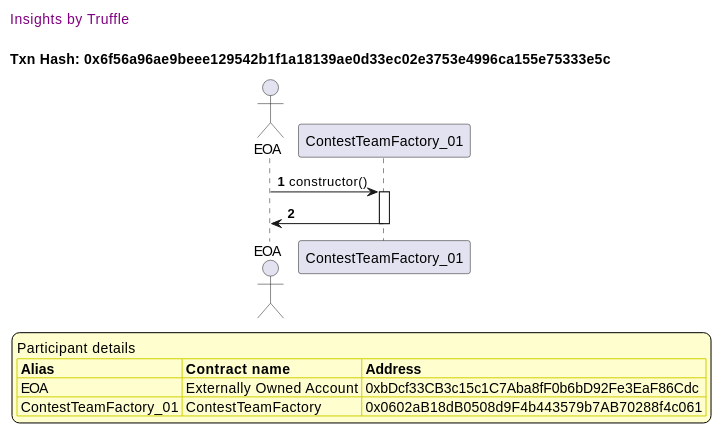
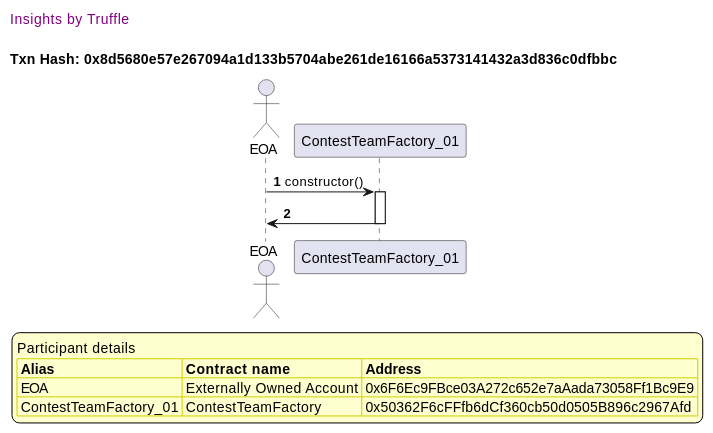
One commit to fodisi/hackapay changed the third of 11 diagrams in truffle-seq/factory_contestteamfactory.md. Above: the diagram before and after it, drawn with PlantUML. The commit also changed other lines of this file and 10 other files, not shown here.

````diff
--- a/truffle-seq/factory_contestteamfactory.md
+++ b/truffle-seq/factory_contestteamfactory.md
@@ -117,37 +117,37 @@
 ```plantuml
 
 
 @startuml
 
 autonumber
 skinparam legendBackgroundColor #FEFECE
 
 <style>
       header {
         HorizontalAlignment left
         FontColor purple
         FontSize 14
         Padding 10
       }
     </style>
 
 header Insights by Truffle
 
-title Txn Hash: 0x6f56a96ae9beee129542b1f1a18139ae0d33ec02e3753e4996ca155e75333e5c
+title Txn Hash: 0x8d5680e57e267094a1d133b5704abe261de16166a5373141432a3d836c0dfbbc
 
 
 actor EOA as "EOA"
 participant ContestTeamFactory_01 as "ContestTeamFactory_01"
 
 "EOA" -> "ContestTeamFactory_01" ++: constructor()
 "ContestTeamFactory_01" -> "EOA" --: 
 
 legend
 Participant details
 <#FEFECE,#D0D000>|= Alias |= Contract name |= Address |
-<#FEFECE>| EOA | Externally Owned Account | 0xbDcf33CB3c15c1C7Aba8fF0b6bD92Fe3EaF86Cdc |
-<#FEFECE>| ContestTeamFactory_01 | ContestTeamFactory | 0x0602aB18dB0508d9F4b443579b7AB70288f4c061 |
+<#FEFECE>| EOA | Externally Owned Account | 0x6F6Ec9FBce03A272c652e7aAada73058Ff1Bc9E9 |
+<#FEFECE>| ContestTeamFactory_01 | ContestTeamFactory | 0x50362F6cFFfb6dCf360cb50d0505B896c2967Afd |
 endlegend
 
 @enduml
 ```
````
